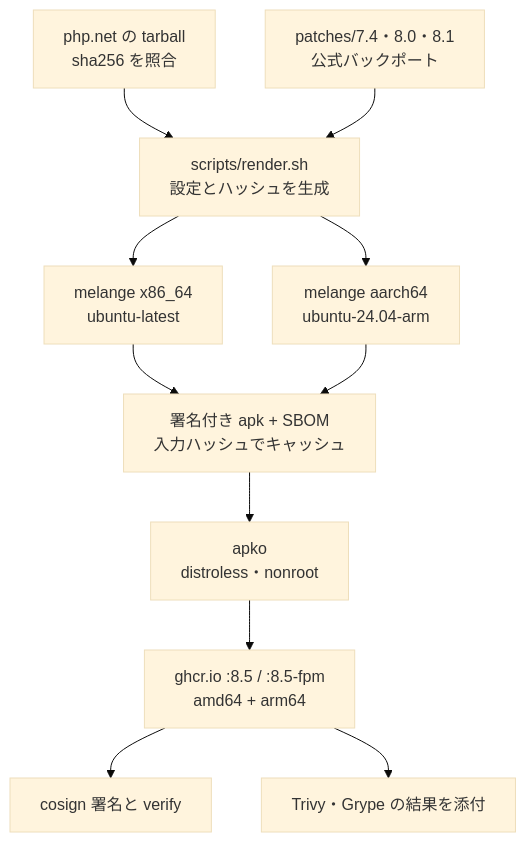
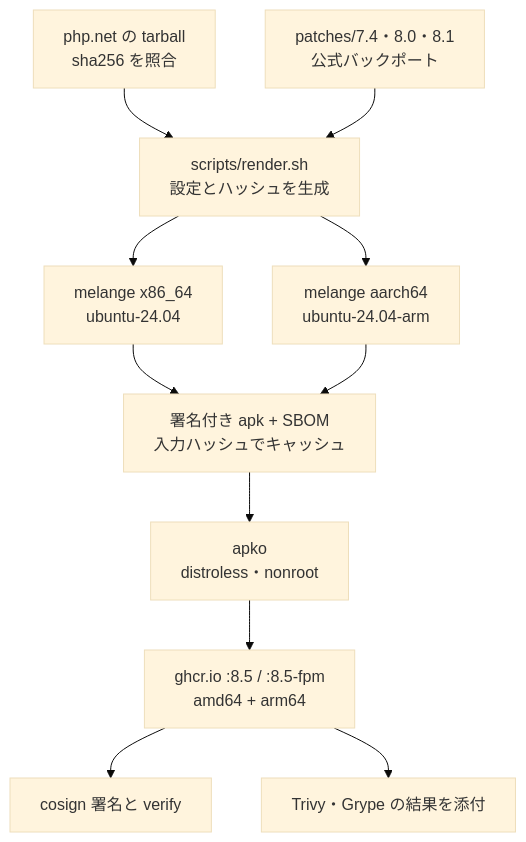
Before and after one commit to yowatari/php-oct2026-hotfix: the diagram in figures/pipeline.mmd, drawn with Mermaid (base theme). The commit also changed 3 other files, not shown here.

First line of the commit message:
Pin x64 runners to ubuntu-24.04 ahead of the ubuntu-latest move

```diff
--- a/figures/pipeline.mmd
+++ b/figures/pipeline.mmd
@@ -1,27 +1,27 @@
 ---
 config:
   flowchart:
     wrappingWidth: 480
 ---
 flowchart TB
   %% 出どころ: .github/workflows/build.yml（packages ジョブ → image ジョブ）
   src["php.net の tarball<br>sha256 を照合"]
   pat["patches/7.4・8.0・8.1<br>公式バックポート"]
   render["scripts/render.sh<br>設定とハッシュを生成"]
-  mx["melange x86_64<br>ubuntu-latest"]
+  mx["melange x86_64<br>ubuntu-24.04"]
   ma["melange aarch64<br>ubuntu-24.04-arm"]
   apk["署名付き apk + SBOM<br>入力ハッシュでキャッシュ"]
   apko["apko<br>distroless・nonroot"]
   ghcr["ghcr.io :8.5 / :8.5-fpm<br>amd64 + arm64"]
   sign["cosign 署名と verify"]
   scan["Trivy・Grype の結果を添付"]
   src --> render
   pat --> render
   render --> mx
   render --> ma
   mx --> apk
   ma --> apk
   apk --> apko
   apko --> ghcr
   ghcr --> sign
   ghcr --> scan
```
